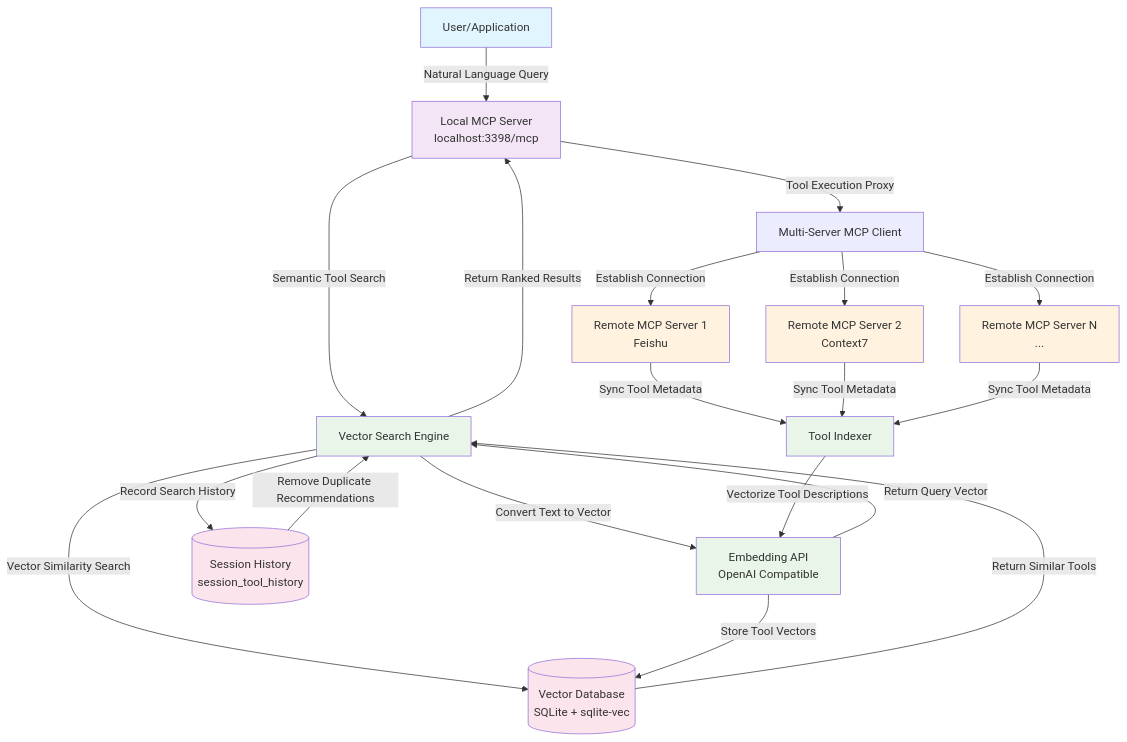
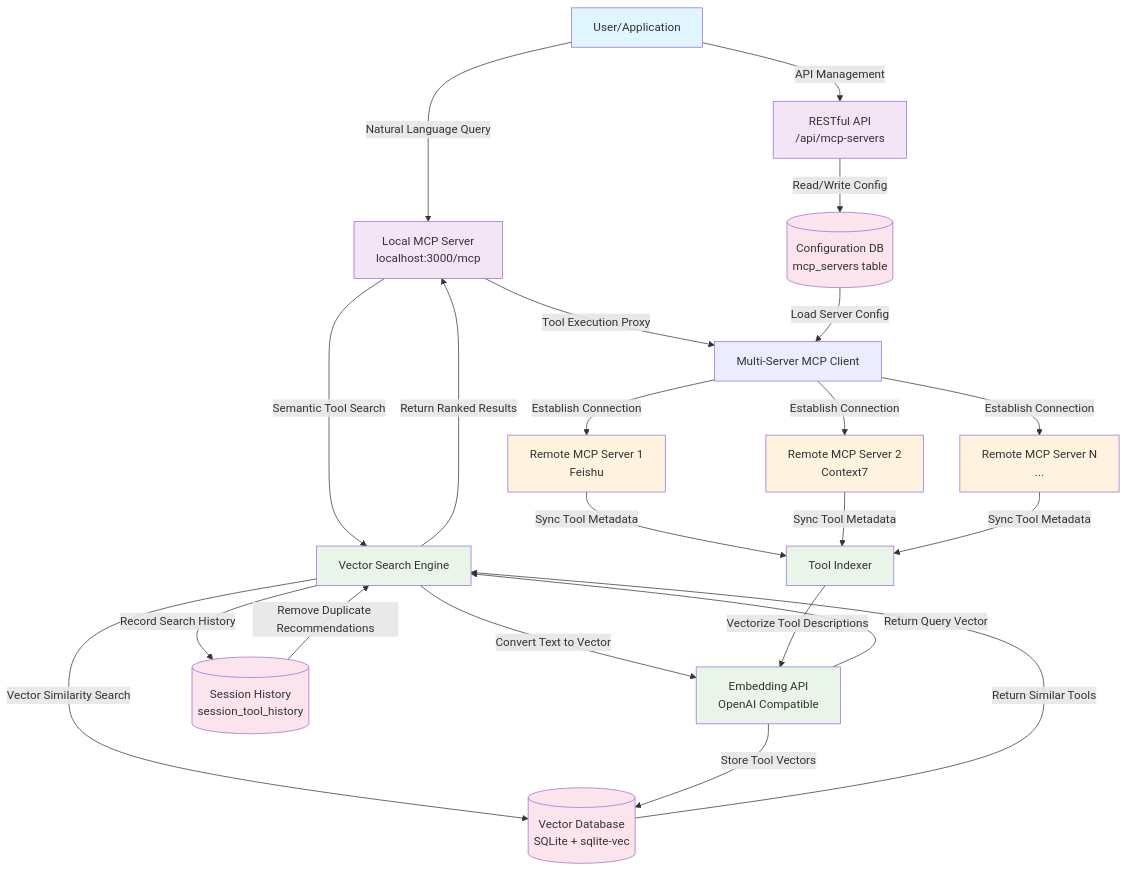
One commit to aandersen2323/dextMCP changed the diagram in README.md. Above: the diagram before and after it, drawn with Mermaid. The commit also changed other lines of this file and 7 other files, not shown here.

First line of the commit message:
Replace mcp-servers.json with database-driven configuration management

````diff
--- a/README.md
+++ b/README.md
@@ -18,38 +19,42 @@
 ```mermaid
 graph TB
-    User[User/Application] -->|Natural Language Query| LocalMCP[Local MCP Server<br/>localhost:3398/mcp]
+    User[User/Application] -->|Natural Language Query| LocalMCP[Local MCP Server<br/>localhost:3000/mcp]
+    User -->|API Management| API[RESTful API<br/>/api/mcp-servers]
 
     LocalMCP -->|Semantic Tool Search| VS[Vector Search Engine]
     LocalMCP -->|Tool Execution Proxy| MCP[Multi-Server MCP Client]
 
     VS -->|Convert Text to Vector| Embedding[Embedding API<br/>OpenAI Compatible]
     Embedding -->|Return Query Vector| VS
     VS -->|Vector Similarity Search| VDB[(Vector Database<br/>SQLite + sqlite-vec)]
     VDB -->|Return Similar Tools| VS
     VS -->|Return Ranked Results| LocalMCP
+
+    API -->|Read/Write Config| DB[(Configuration DB<br/>mcp_servers table)]
+    DB -->|Load Server Config| MCP
 
     MCP -->|Establish Connection| Remote1[Remote MCP Server 1<br/>Feishu]
     MCP -->|Establish Connection| Remote2[Remote MCP Server 2<br/>Context7]
     MCP -->|Establish Connection| Remote3[Remote MCP Server N<br/>...]
 
     Remote1 -->|Sync Tool Metadata| Indexer[Tool Indexer]
     Remote2 -->|Sync Tool Metadata| Indexer
     Remote3 -->|Sync Tool Metadata| Indexer
     Indexer -->|Vectorize Tool Descriptions| Embedding
     Embedding -->|Store Tool Vectors| VDB
 
     VS -->|Record Search History| SessionDB[(Session History<br/>session_tool_history)]
     SessionDB -->|Remove Duplicate Recommendations| VS
 
     classDef user fill:#e1f5fe
     classDef local fill:#f3e5f5
     classDef vector fill:#e8f5e8
     classDef remote fill:#fff3e0
     classDef db fill:#fce4ec
 
     class User user
-    class LocalMCP local
+    class LocalMCP,API local
     class VS,Embedding,Indexer vector
     class Remote1,Remote2,Remote3 remote
-    class VDB,SessionDB db
+    class VDB,SessionDB,DB db
 ```
````
